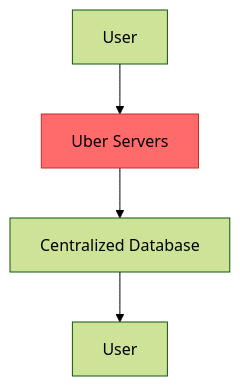
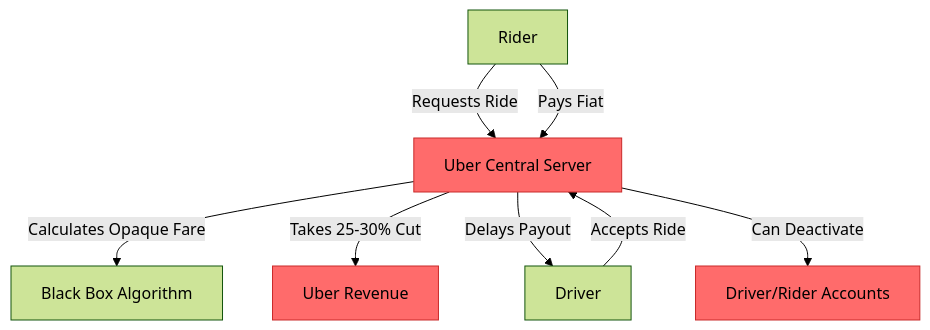
One commit to Elvatar2/Web2-To-Web3-Migration-Guide changed the first of 2 diagrams in 08-marketplaces/02-uber-to-decentralized-ride.md. Above: the diagram before and after it, drawn with Mermaid (forest theme). The commit also changed other lines of this file, not shown here.

````diff
--- a/08-marketplaces/02-uber-to-decentralized-ride.md
+++ b/08-marketplaces/02-uber-to-decentralized-ride.md
@@ -52,8 +62,14 @@
 ```mermaid
 graph TB
-    A[User] --> B[Uber Servers]
-    B --> C[Centralized Database]
-    C --> D[User]
+    A[Rider] -->|Requests Ride| B[Uber Central Server]
+    C[Driver] -->|Accepts Ride| B
+    B -->|Calculates Opaque Fare| D[Black Box Algorithm]
+    A -->|Pays Fiat| B
+    B -->|Takes 25-30% Cut| E[Uber Revenue]
+    B -->|Delays Payout| C
+    B -->|Can Deactivate| F[Driver/Rider Accounts]
 
     style B fill:#ff6b6b,stroke:#c92a2a
+    style E fill:#ff6b6b,stroke:#c92a2a
+    style F fill:#ff6b6b,stroke:#c92a2a
 ```
````
